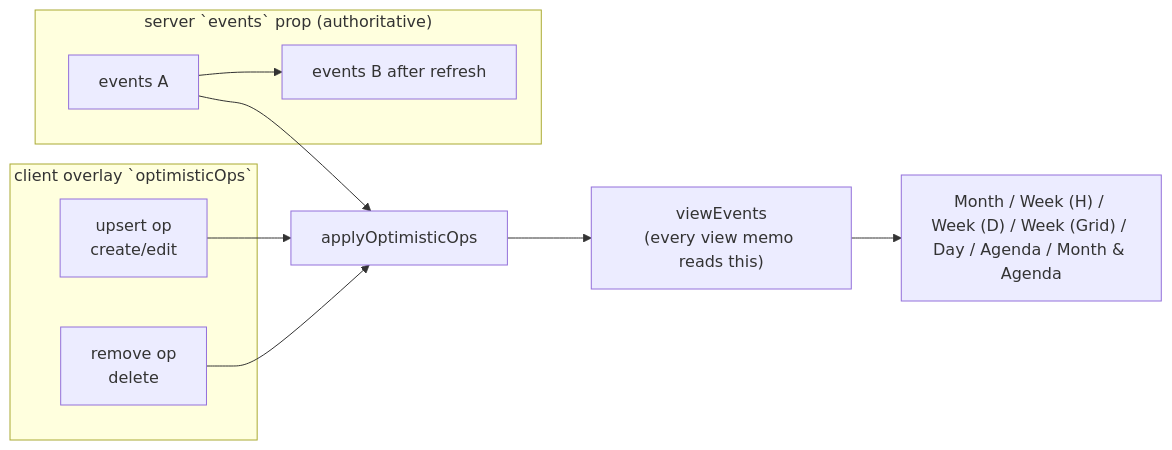
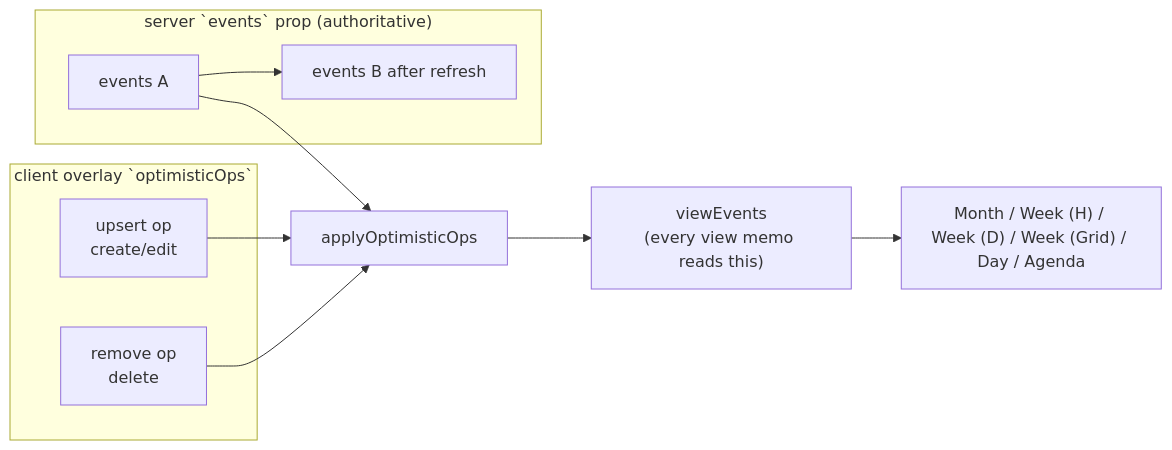
One commit to oncloudnintynineone-source/cloudy2 changed the first of 2 diagrams in docs/optimistic-mutations.md. Above: the diagram before and after it, drawn with Mermaid. The commit also changed 96 other files, not shown here.

Commit message:
retire Month & Agenda view kind (dual coerces to month)

````diff
--- a/docs/optimistic-mutations.md
+++ b/docs/optimistic-mutations.md
@@ -64,15 +64,15 @@
 ```mermaid
 flowchart LR
  subgraph Props["server `events` prop (authoritative)"]
  E1[events A] --> E2[events B after refresh]
  end
  subgraph Ops["client overlay `optimisticOps`"]
  U[upsert op<br/>create/edit]
  R[remove op<br/>delete]
  end
  E1 --> Merge["applyOptimisticOps"]
  U --> Merge
  R --> Merge
  Merge --> Views["viewEvents<br/>(every view memo reads this)"]
- Views --> Grids["Month / Week (H) / Week (D) / Week (Grid) / Day / Agenda / Month &amp; Agenda"]
+ Views --> Grids["Month / Week (H) / Week (D) / Week (Grid) / Day / Agenda"]
 ```
````
